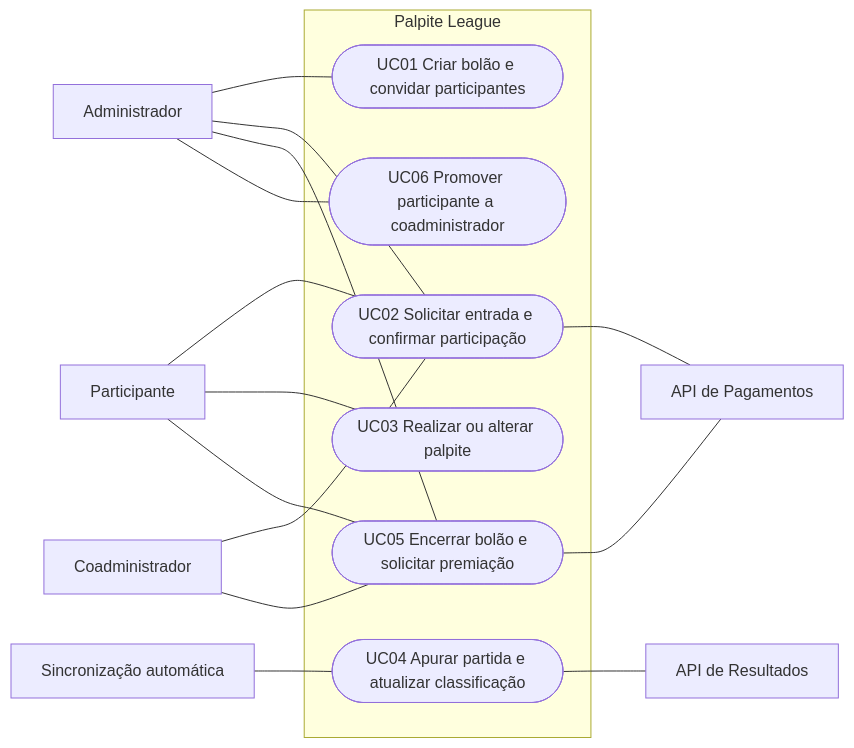
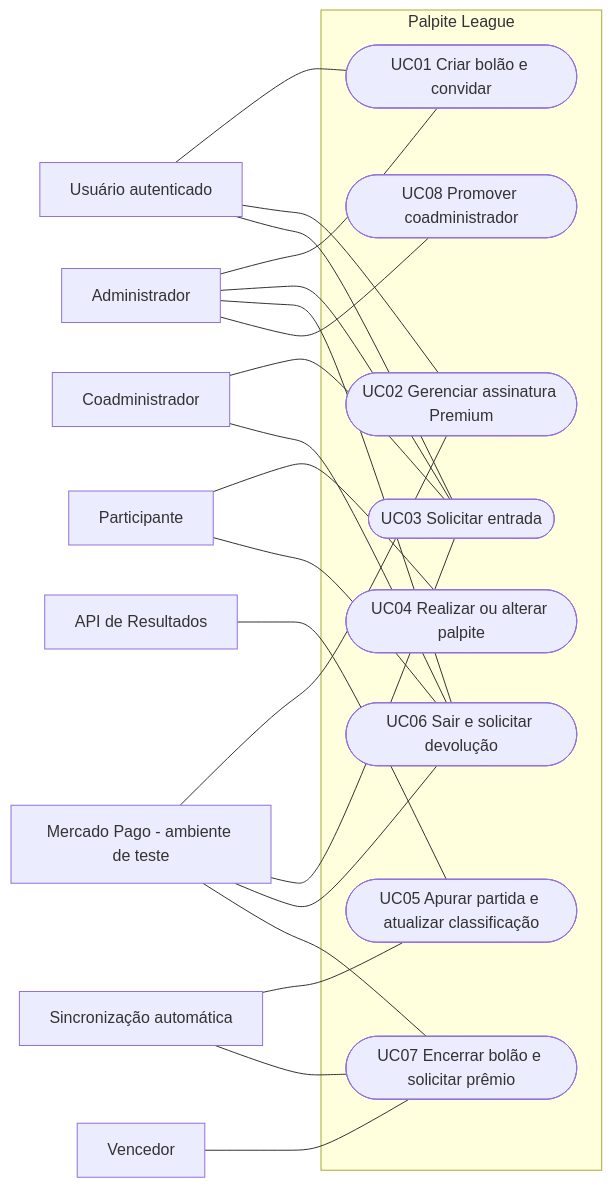
Before and after one commit to FelipeAzoia/Palpite-League: the first of 2 diagrams in docs/uml/casos-de-uso.md, drawn with Mermaid. The commit also changed other lines of this file and 9 other files, not shown here.

Commit message:
docs: completa casos de uso e alinha pagamentos em teste

````diff
--- a/docs/uml/casos-de-uso.md
+++ b/docs/uml/casos-de-uso.md
@@ -37,31 +43,42 @@
 ```mermaid
 flowchart LR
+    Usuario[Usuário autenticado]
     Admin[Administrador]
     CoAdmin[Coadministrador]
     Participante[Participante]
-    Resultados[API de Resultados]
-    Pagamentos[API de Pagamentos]
+    Vencedor[Vencedor]
+    Results[API de Resultados]
+    Payments[Mercado Pago - ambiente de teste]
+    Scheduler[Sincronização automática]
 
-    subgraph Sistema["Palpite League"]
-        UC01([UC01 Criar bolão e convidar participantes])
-        UC02([UC02 Solicitar entrada e confirmar participação])
-        UC03([UC03 Realizar ou alterar palpite])
-        UC04([UC04 Apurar partida e atualizar classificação])
-        UC05([UC05 Encerrar bolão e solicitar premiação])
-        UC06([UC06 Promover participante a coadministrador])
+    subgraph PL["Palpite League"]
+        UC01([UC01 Criar bolão e convidar])
+        UC02([UC02 Gerenciar assinatura Premium])
+        UC03([UC03 Solicitar entrada])
+        UC04([UC04 Realizar ou alterar palpite])
+        UC05([UC05 Apurar partida e atualizar classificação])
+        UC06([UC06 Sair e solicitar devolução])
+        UC07([UC07 Encerrar bolão e solicitar prêmio])
+        UC08([UC08 Promover coadministrador])
     end
 
     Admin --- UC01
-    Admin --- UC02
-    CoAdmin --- UC02
-    Participante --- UC02
-    Participante --- UC03
-    Sincronizacao[Sincronização automática] --- UC04
-    Participante --- UC05
-    Admin --- UC05
-    CoAdmin --- UC05
+    Usuario --- UC01
+    Admin --- UC03
+    CoAdmin --- UC03
+    Usuario --- UC02
+    Usuario --- UC03
+    Payments --- UC02
+    Payments --- UC03
+    Participante --- UC04
+    Scheduler --- UC05
+    Results --- UC05
+    Participante --- UC06
     Admin --- UC06
-    UC02 --- Pagamentos
-    UC04 --- Resultados
-    UC05 --- Pagamentos
+    CoAdmin --- UC06
+    Payments --- UC06
+    Scheduler --- UC07
+    Vencedor --- UC07
+    Payments --- UC07
+    Admin --- UC08
 ```
````
